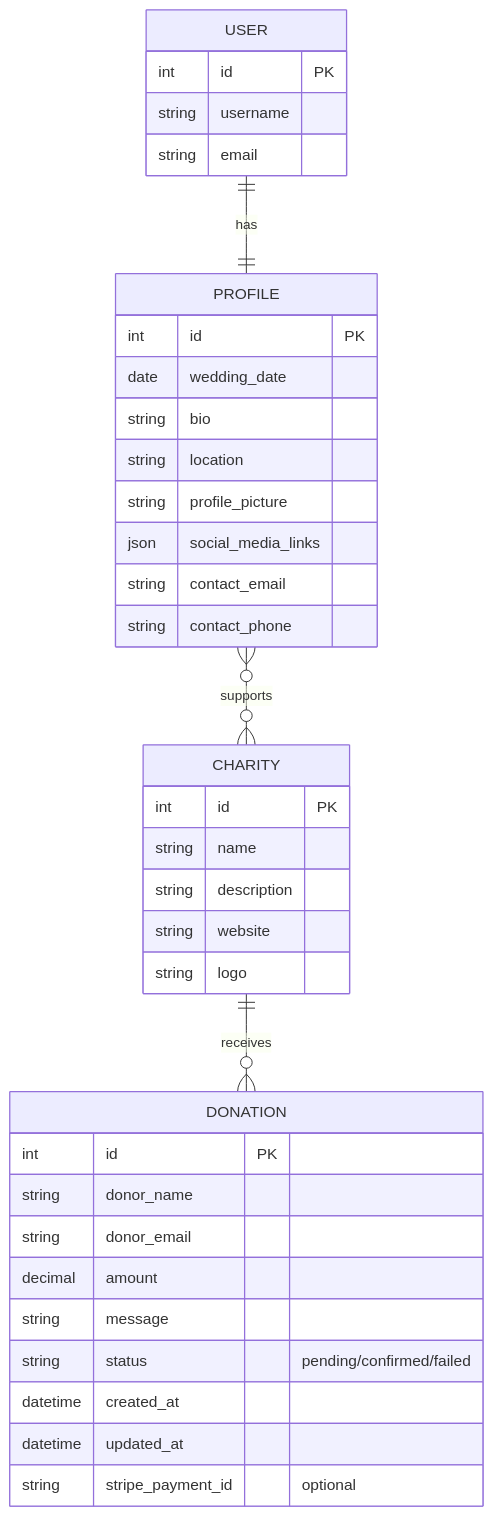
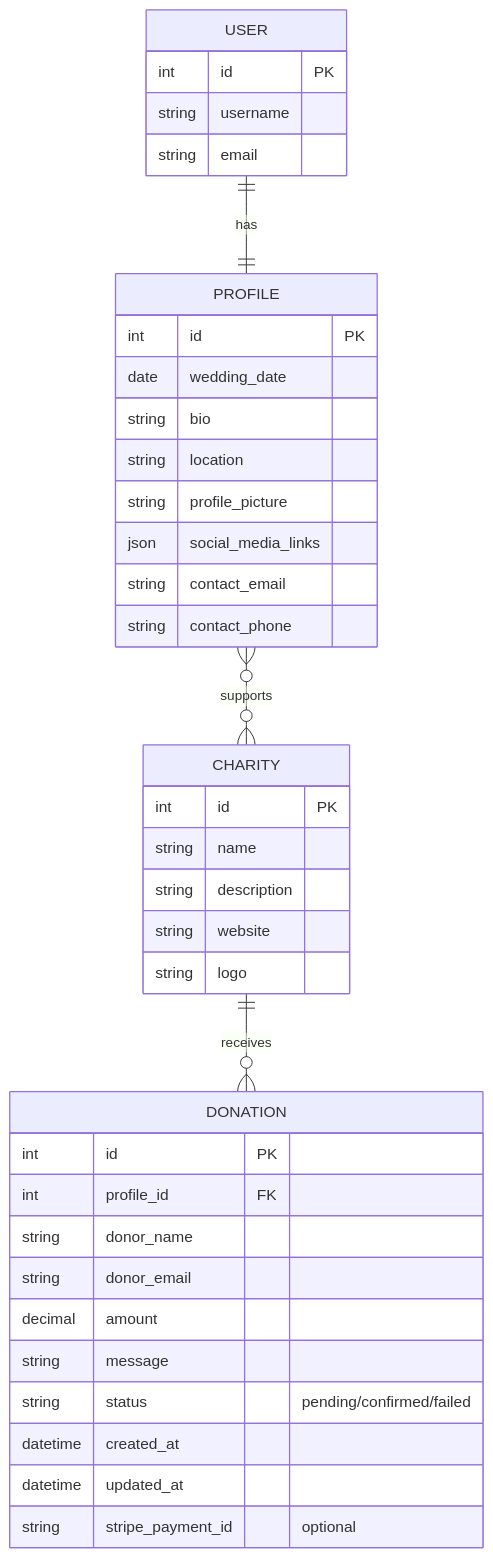
Before and after one commit to alanmaizon/love: the first of 3 diagrams in README.md, drawn with Mermaid.

````diff
--- a/README.md
+++ b/README.md
@@ -112,40 +112,41 @@
 ```mermaid
 erDiagram
     USER {
       int id PK
       string username
       string email
     }
     PROFILE {
       int id PK
       date wedding_date
       string bio
       string location
       string profile_picture
       json social_media_links
       string contact_email
       string contact_phone
     }
     CHARITY {
       int id PK
       string name
       string description
       string website
       string logo
     }
     DONATION {
       int id PK
+      int profile_id FK
       string donor_name
       string donor_email
       decimal amount
       string message
       string status "pending/confirmed/failed"
       datetime created_at
       datetime updated_at
       string stripe_payment_id "optional"
     }
     
     USER ||--|| PROFILE : "has"
     PROFILE }o--o{ CHARITY : "supports"
     CHARITY ||--o{ DONATION : "receives"
 ```
````
